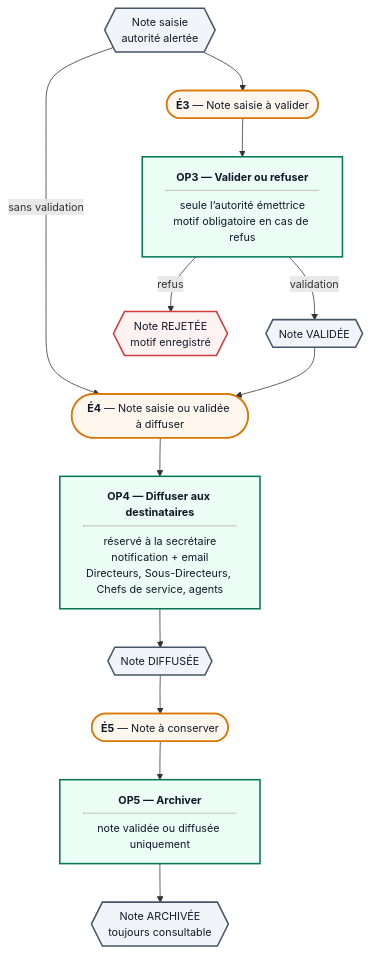
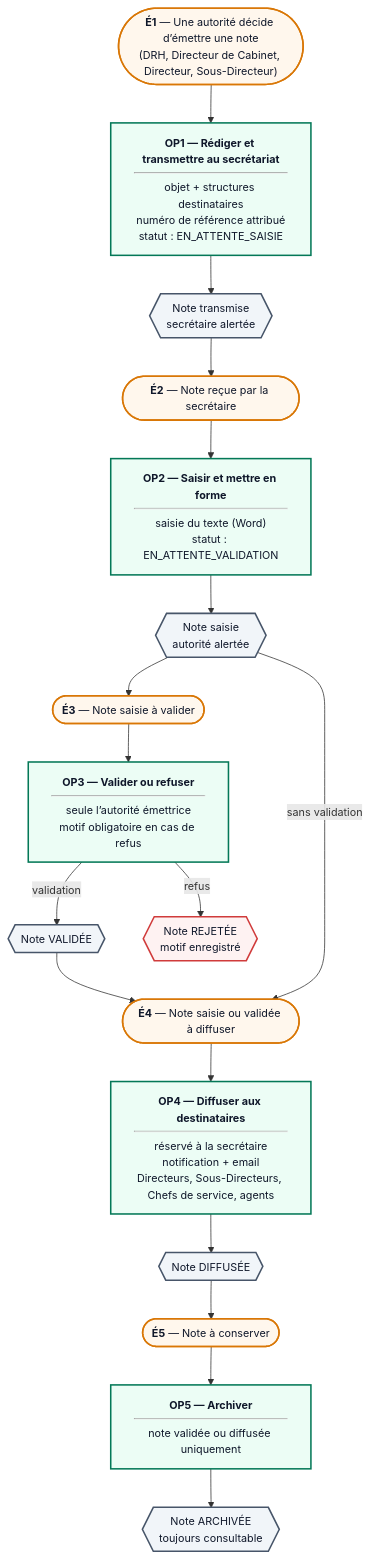
Before and after one commit to MOMOBHY/APPLARAVEL: the seventh of 10 diagrams in docs/MERISE.md, drawn with Mermaid. The commit also changed other lines of this file and 1 other file, not shown here.

````diff
--- a/docs/MERISE.md
+++ b/docs/MERISE.md
@@ -341,30 +288,40 @@
 ```mermaid
 %%{init: {'flowchart': {'htmlLabels': true, 'curve': 'basis'}, 'themeVariables': {'fontSize': '14px'}}}%%
 flowchart TB
   classDef ev fill:#fff7ed,stroke:#d97706,stroke-width:2px,color:#0f172a
   classDef op fill:#ecfdf5,stroke:#047857,stroke-width:2px,color:#0f172a
   classDef re fill:#f1f5f9,stroke:#475569,stroke-width:2px,color:#0f172a
   classDef ko fill:#fef2f2,stroke:#d03b3b,stroke-width:2px,color:#0f172a
-  S0{{"Note saisie<br/>autorité alertée"}}:::re
+  E1(["<b>É1</b> — Une autorité décide d’émettre une note<br/>(DRH, Directeur de Cabinet, Directeur, Sous-Directeur)"]):::ev
+  O1["<b>OP1 — Rédiger et transmettre au secrétariat</b><hr/>objet + structures destinataires<br/>numéro de référence attribué<br/>statut : EN_ATTENTE_SAISIE"]:::op
+  R1{{"Note transmise<br/>secrétaire alertée"}}:::re
+  E2(["<b>É2</b> — Note reçue par la secrétaire"]):::ev
+  O2["<b>OP2 — Saisir et mettre en forme</b><hr/>saisie du texte (Word)<br/>statut : EN_ATTENTE_VALIDATION"]:::op
+  R2{{"Note saisie<br/>autorité alertée"}}:::re
+  E1 --> O1
+  O1 --> R1
+  R1 --> E2
+  E2 --> O2
+  O2 --> R2
   E3(["<b>É3</b> — Note saisie à valider"]):::ev
   O3["<b>OP3 — Valider ou refuser</b><hr/>seule l’autorité émettrice<br/>motif obligatoire en cas de refus"]:::op
-  S0 --> E3
   E3 --> O3
   R3a{{"Note VALIDÉE"}}:::re
   R3b{{"Note REJETÉE<br/>motif enregistré"}}:::ko
   O3 -->|"validation"| R3a
   O3 -->|"refus"| R3b
   E4(["<b>É4</b> — Note saisie ou validée à diffuser"]):::ev
   O4["<b>OP4 — Diffuser aux destinataires</b><hr/>réservé à la secrétaire<br/>notification + email<br/>Directeurs, Sous-Directeurs, Chefs de service, agents"]:::op
-  S0 -->|"sans validation"| E4
   R3a --> E4
   E4 --> O4
   R4{{"Note DIFFUSÉE"}}:::re
   O4 --> R4
   E5(["<b>É5</b> — Note à conserver"]):::ev
   O5["<b>OP5 — Archiver</b><hr/>note validée ou diffusée uniquement"]:::op
   R5{{"Note ARCHIVÉE<br/>toujours consultable"}}:::re
   R4 --> E5
   E5 --> O5
   O5 --> R5
+  R2 --> E3
+  R2 -->|"sans validation"| E4
 ```
````
